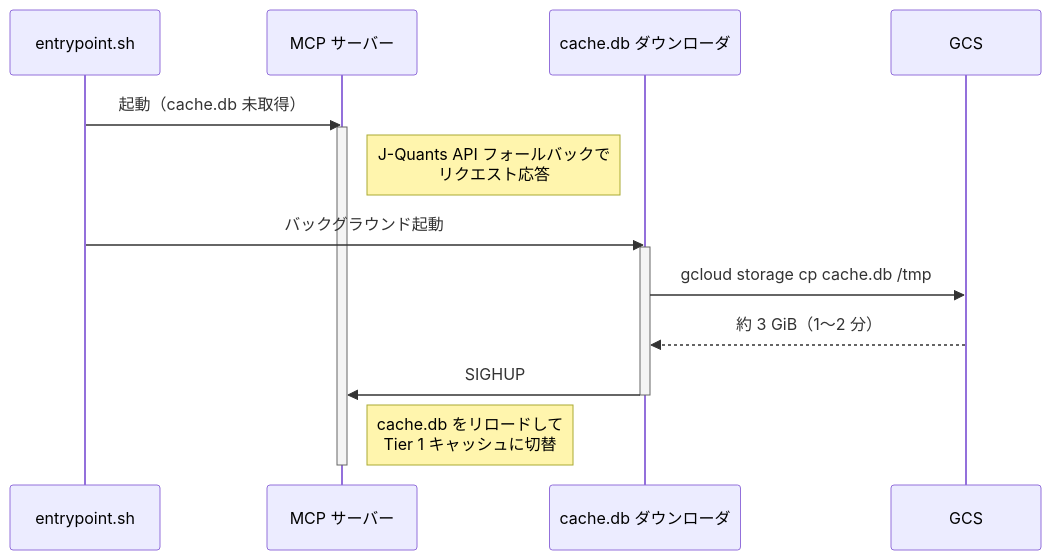
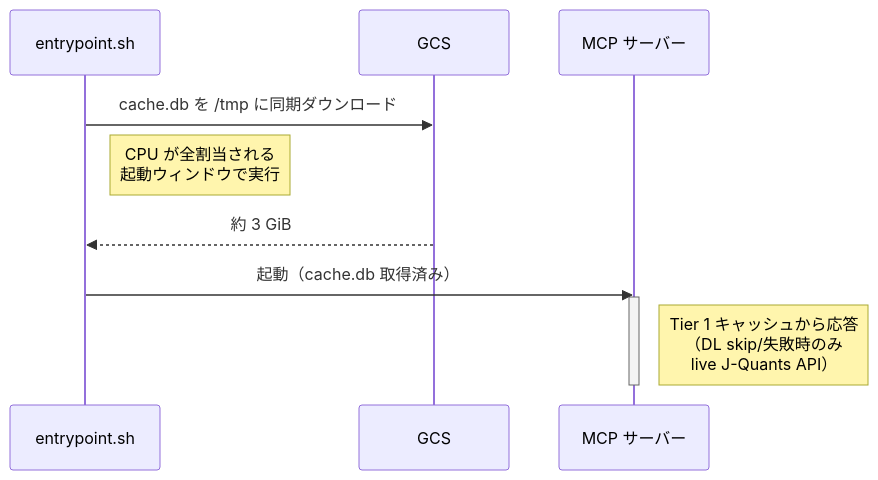
One commit to shigechika/jquants-mcp changed the second of 4 diagrams in README.ja.md. Above: the diagram before and after it, drawn with Mermaid. The commit also changed other lines of this file and 4 other files, not shown here.

````diff
--- a/README.ja.md
+++ b/README.ja.md
@@ -913,19 +913,14 @@
 ```mermaid
 sequenceDiagram
     participant E as entrypoint.sh
+    participant G as GCS
     participant M as MCP サーバー
-    participant D as cache.db ダウンローダ
-    participant G as GCS
 
-    E->>M: 起動（cache.db 未取得）
+    E->>G: cache.db を /tmp に同期ダウンロード
+    Note right of E: CPU が全割当される<br/>起動ウィンドウで実行
+    G-->>E: 約 3 GiB
+    E->>M: 起動（cache.db 取得済み）
     activate M
-    Note right of M: J-Quants API フォールバックで<br/>リクエスト応答
-    E->>D: バックグラウンド起動
-    activate D
-    D->>G: gcloud storage cp cache.db /tmp
-    G-->>D: 約 3 GiB（1〜2 分）
-    D->>M: SIGHUP
-    deactivate D
-    Note right of M: cache.db をリロードして<br/>Tier 1 キャッシュに切替
+    Note right of M: Tier 1 キャッシュから応答<br/>（DL skip/失敗時のみ<br/>live J-Quants API）
     deactivate M
 ```
````
